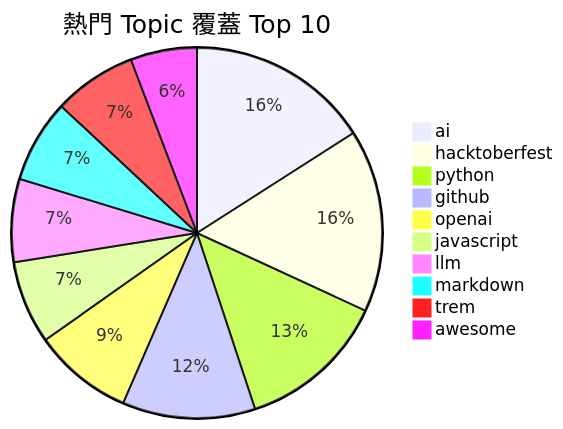
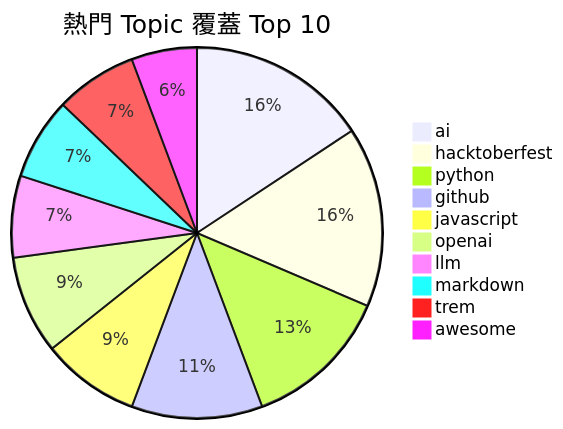
Before and after one commit to Andy87877/GitHub-Star-Manager: the first of 2 diagrams in README.md, drawn with Mermaid. The commit also changed other lines of this file and 3 other files, not shown here.

````diff
--- a/README.md
+++ b/README.md
@@ -11,13 +11,13 @@
 ```mermaid
 pie title 熱門 Topic 覆蓋 Top 10
     "ai" : 11
     "hacktoberfest" : 11
     "python" : 9
     "github" : 8
+    "javascript" : 6
     "openai" : 6
-    "javascript" : 5
     "llm" : 5
     "markdown" : 5
     "trem" : 5
     "awesome" : 4
 ```
````
